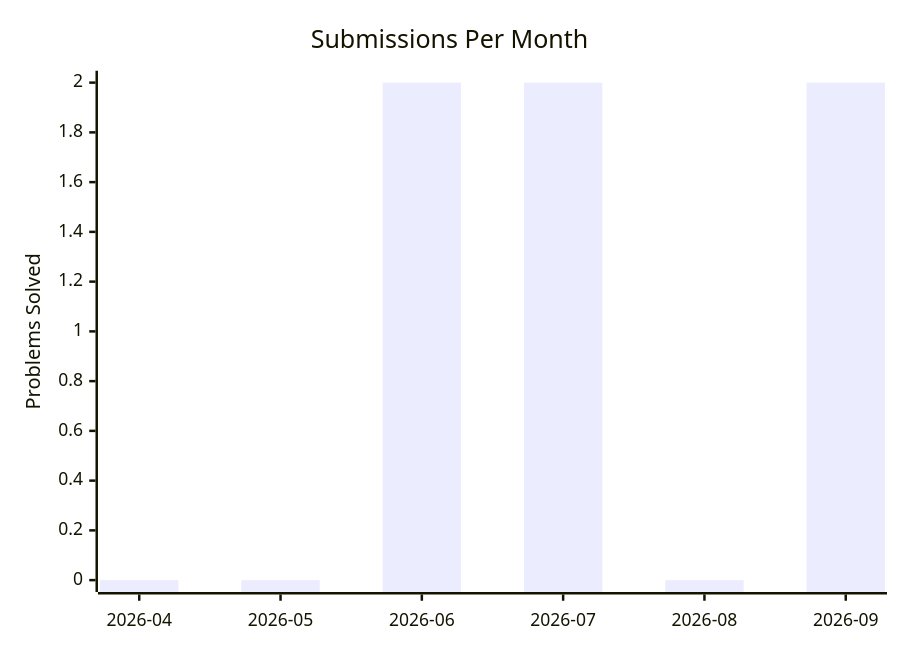
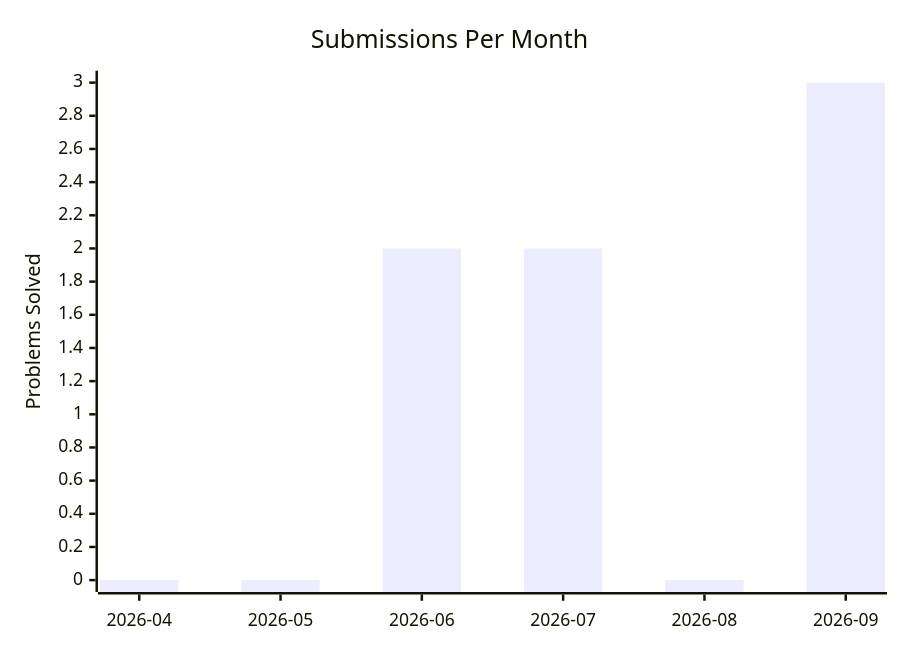
The second of 2 diagrams in PROGRESS.md (kanishk-procoder/leetcode-grind), drawn with Mermaid before and after one commit. The commit also changed other lines of this file and 4 other files, not shown here.

````diff
--- a/PROGRESS.md
+++ b/PROGRESS.md
@@ -12,7 +12,7 @@
 ```mermaid
 xychart-beta
     title "Submissions Per Month"
     x-axis ["2026-04", "2026-05", "2026-06", "2026-07", "2026-08", "2026-09"]
-    y-axis "Problems Solved" 0 --> 2
-    bar [0, 0, 2, 2, 0, 2]
+    y-axis "Problems Solved" 0 --> 3
+    bar [0, 0, 2, 2, 0, 3]
 ```
````
